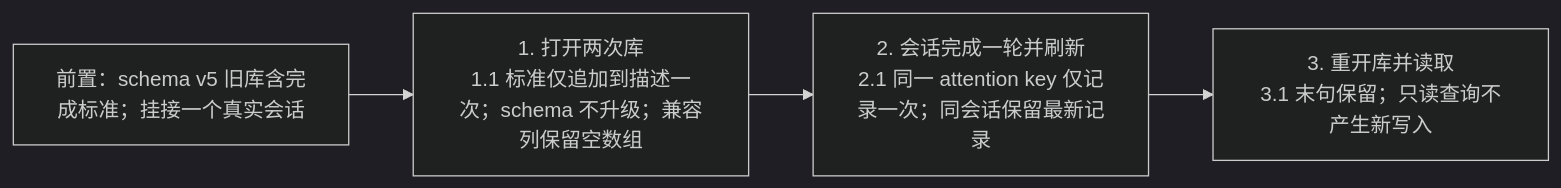
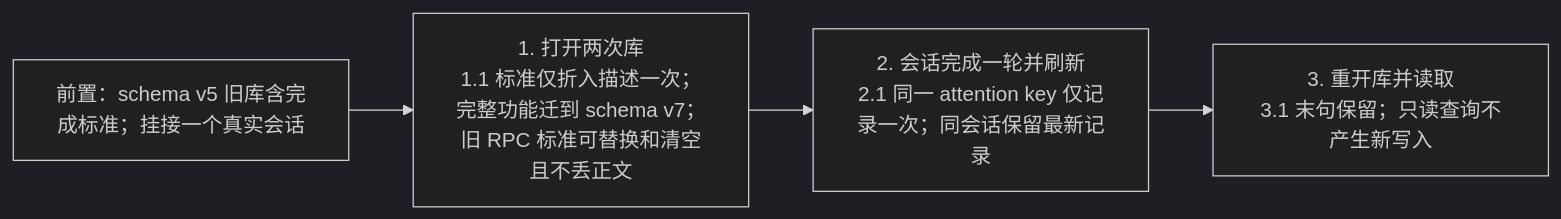
Before and after one commit to Fartown/orca: the second of 9 diagrams in docs/issue/本地任务管理/tests/cases/任务为主的工作流测试.md, drawn with Mermaid (dark theme). The commit also changed other lines of this file and 40 other files, not shown here.

````diff
--- a/docs/issue/本地任务管理/tests/cases/任务为主的工作流测试.md
+++ b/docs/issue/本地任务管理/tests/cases/任务为主的工作流测试.md
@@ -50,6 +50,6 @@
 ```mermaid
 flowchart LR
-  A["前置：schema v5 旧库含完成标准；挂接一个真实会话"] --> B["1. 打开两次库<br/>1.1 标准仅追加到描述一次；schema 不升级；兼容列保留空数组"]
+  A["前置：schema v5 旧库含完成标准；挂接一个真实会话"] --> B["1. 打开两次库<br/>1.1 标准仅折入描述一次；完整功能迁到 schema v7；旧 RPC 标准可替换和清空且不丢正文"]
   B --> C["2. 会话完成一轮并刷新<br/>2.1 同一 attention key 仅记录一次；同会话保留最新记录"]
   C --> D["3. 重开库并读取<br/>3.1 末句保留；只读查询不产生新写入"]
 ```
````
